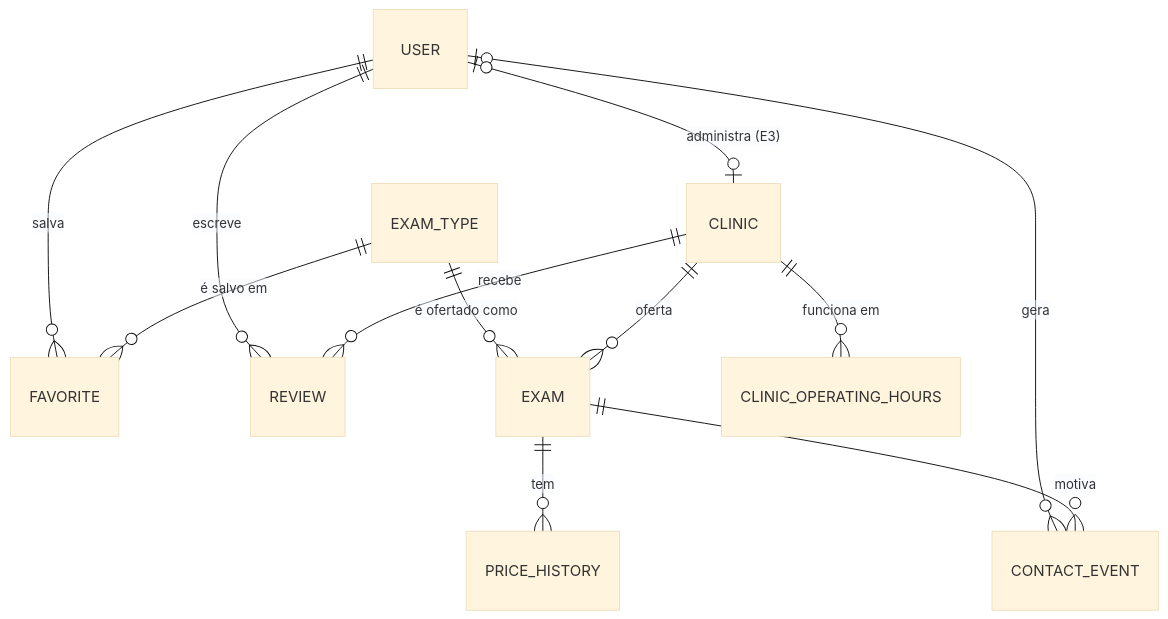
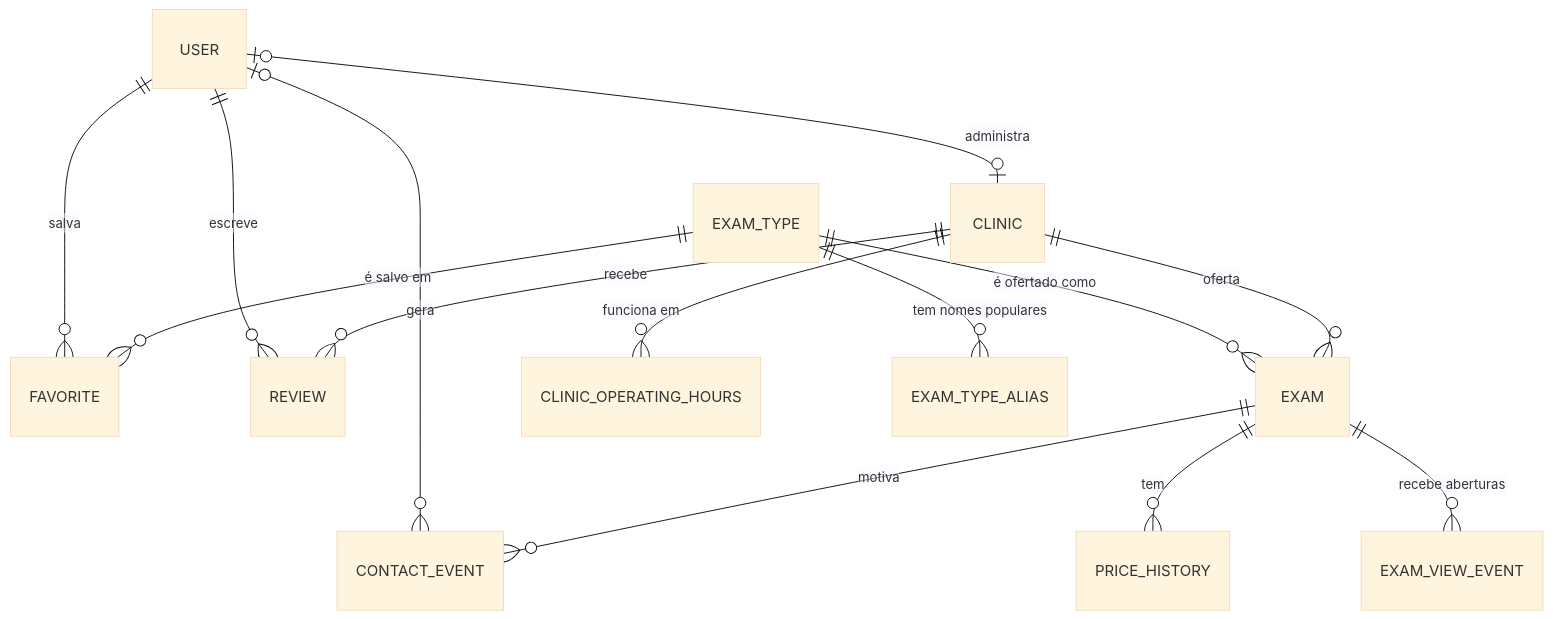
Before and after one commit to MarcioFerreiraL/clinics-backend: the first of 2 diagrams in docs/05-modelo-de-dados.md, drawn with Mermaid (base theme). The commit also changed other lines of this file and 12 other files, not shown here.

````diff
--- a/docs/05-modelo-de-dados.md
+++ b/docs/05-modelo-de-dados.md
@@ -27,14 +29,16 @@
 ```mermaid
 erDiagram
     USER ||--o{ FAVORITE : "salva"
     USER ||--o{ REVIEW : "escreve"
     USER |o--o{ CONTACT_EVENT : "gera"
     EXAM_TYPE ||--o{ FAVORITE : "é salvo em"
     EXAM_TYPE ||--o{ EXAM : "é ofertado como"
     CLINIC ||--o{ EXAM : "oferta"
     CLINIC ||--o{ REVIEW : "recebe"
     CLINIC ||--o{ CLINIC_OPERATING_HOURS : "funciona em"
     EXAM ||--o{ PRICE_HISTORY : "tem"
     EXAM ||--o{ CONTACT_EVENT : "motiva"
-    USER |o--o| CLINIC : "administra (E3)"
+    EXAM ||--o{ EXAM_VIEW_EVENT : "recebe aberturas"
+    EXAM_TYPE ||--o{ EXAM_TYPE_ALIAS : "tem nomes populares"
+    USER |o--o| CLINIC : administra
 ```
````
